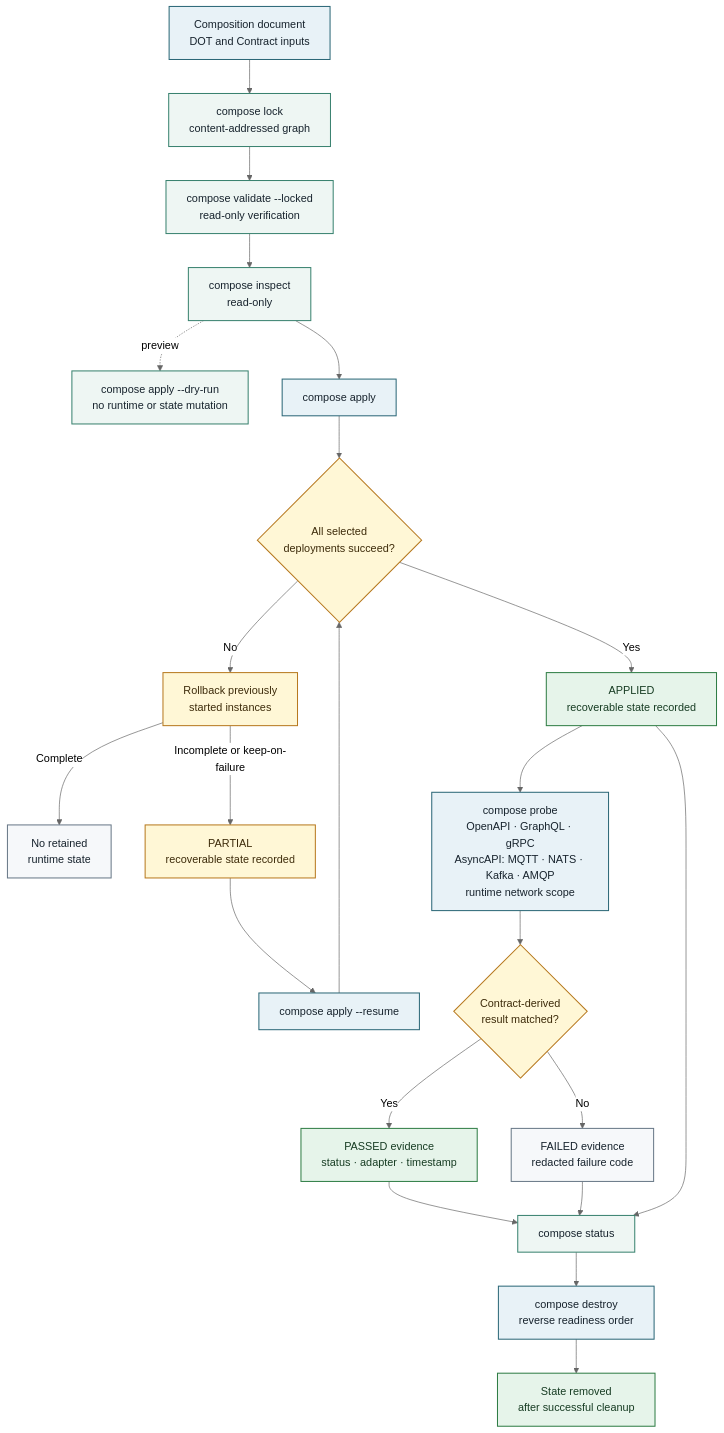
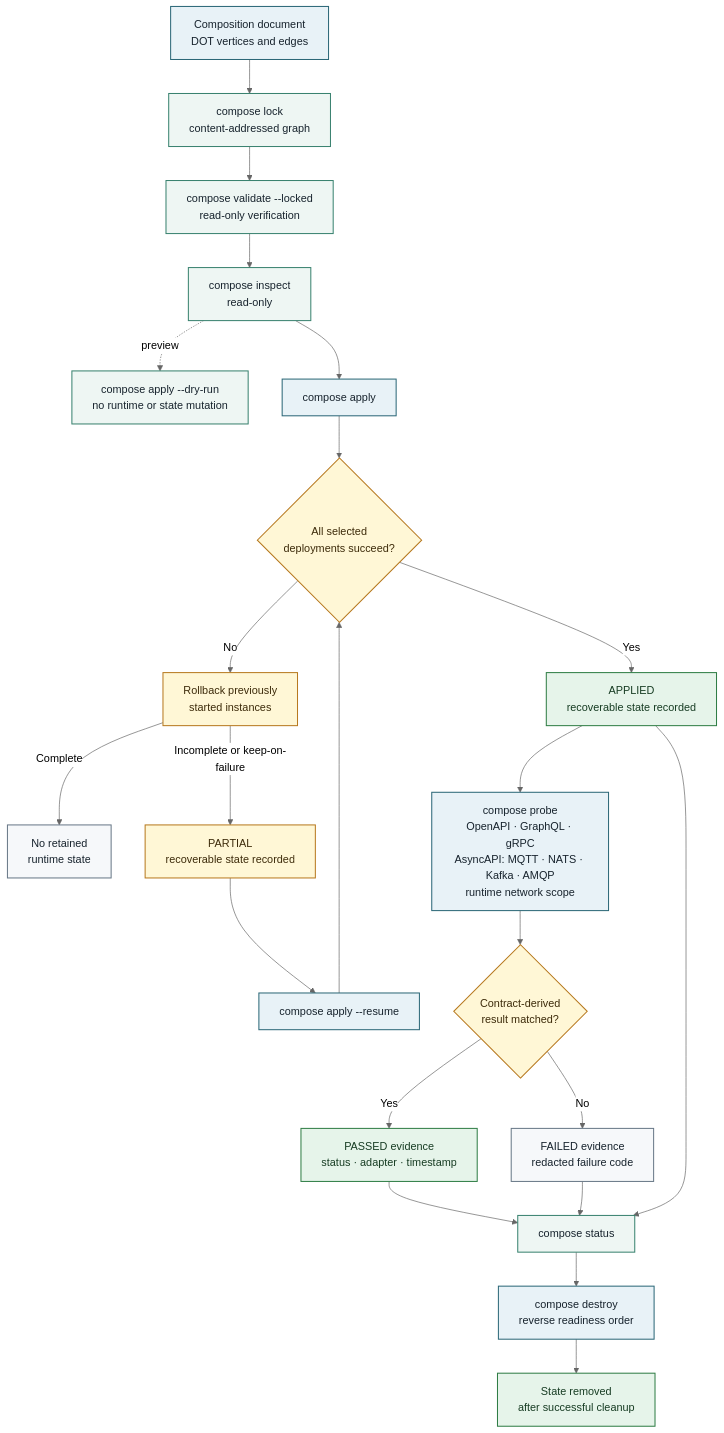
Before and after one commit to MARE-EU-Project/DOT-Docs: the diagram in DOT-Design/next/dot-design/_attachments/diagrams/composition-lifecycle.mmd, drawn with Mermaid (neutral theme). The commit also changed 53 other files, not shown here.

```diff
--- a/DOT-Design/next/dot-design/_attachments/diagrams/composition-lifecycle.mmd
+++ b/DOT-Design/next/dot-design/_attachments/diagrams/composition-lifecycle.mmd
@@ -1,40 +1,40 @@
 flowchart TD
   accTitle: Composition command and recovery lifecycle
   accDescr: Lock content-addresses the DOT-to-DOT graph, validate and inspect verify it read-only, dry-run previews actions, apply records either an applied or recoverable state, safe contract probes record active evidence, and destroy removes state only after successful cleanup.
 
-  Document["Composition document<br/>DOT and Contract inputs"] --> Lock["compose lock<br/>content-addressed graph"]
+  Document["Composition document<br/>DOT vertices and edges"] --> Lock["compose lock<br/>content-addressed graph"]
   Lock --> Validate["compose validate --locked<br/>read-only verification"]
   Validate --> Resolution["compose inspect<br/>read-only"]
   Resolution -.->|preview| DryRun["compose apply --dry-run<br/>no runtime or state mutation"]
   Resolution --> Apply["compose apply"]
   Apply --> Outcome{"All selected<br/>deployments succeed?"}
   Outcome -->|Yes| Applied["APPLIED<br/>recoverable state recorded"]
   Outcome -->|No| Rollback["Rollback previously<br/>started instances"]
   Rollback -->|Complete| Failed["No retained<br/>runtime state"]
   Rollback -->|Incomplete or keep-on-failure| Recoverable["PARTIAL<br/>recoverable state recorded"]
   Recoverable --> Resume["compose apply --resume"]
   Resume --> Outcome
   Applied --> Probe["compose probe<br/>OpenAPI · GraphQL · gRPC<br/>AsyncAPI: MQTT · NATS · Kafka · AMQP<br/>runtime network scope"]
   Probe --> Evidence{"Contract-derived<br/>result matched?"}
   Evidence -->|Yes| Passed["PASSED evidence<br/>status · adapter · timestamp"]
   Evidence -->|No| ProbeFailed["FAILED evidence<br/>redacted failure code"]
   Passed --> Status["compose status"]
   ProbeFailed --> Status
   Applied --> Status
   Status --> Destroy["compose destroy<br/>reverse readiness order"]
   Destroy --> Removed["State removed<br/>after successful cleanup"]
 
   classDef source fill:#e8f2f7,stroke:#2b6777,color:#17232d,stroke-width:1.5px;
   classDef readonly fill:#eef6f3,stroke:#39826f,color:#17232d,stroke-width:1.5px;
   classDef mutation fill:#e8f2f7,stroke:#2b6777,color:#17232d,stroke-width:1.5px;
   classDef decision fill:#fff7d6,stroke:#b7791f,color:#3d2b0a,stroke-width:1.5px;
   classDef success fill:#e6f4ea,stroke:#2f7d45,color:#173c23,stroke-width:1.5px;
   classDef recovery fill:#fff7d6,stroke:#b7791f,color:#3d2b0a,stroke-width:1.5px;
   classDef terminal fill:#f6f8fa,stroke:#687887,color:#17232d,stroke-width:1.5px;
   class Document source;
   class Lock,Validate,Resolution,DryRun,Status readonly;
   class Apply,Probe,Resume,Destroy mutation;
   class Outcome,Evidence decision;
   class Applied,Passed,Removed success;
   class Rollback,Recoverable recovery;
   class Failed,ProbeFailed terminal;
```
